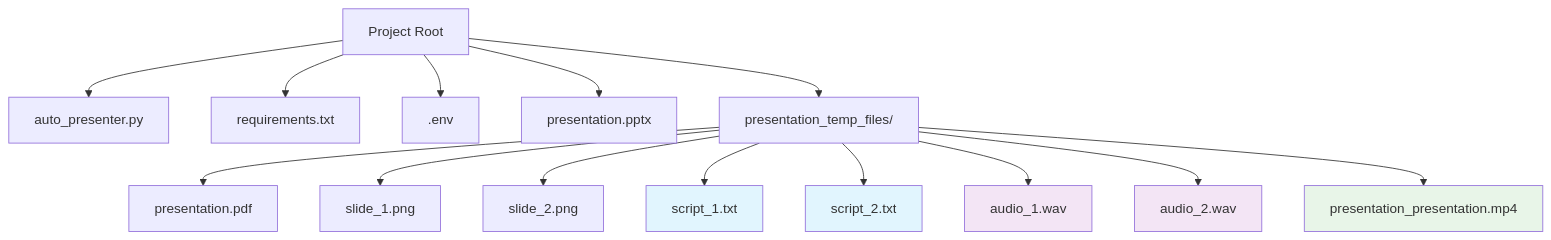
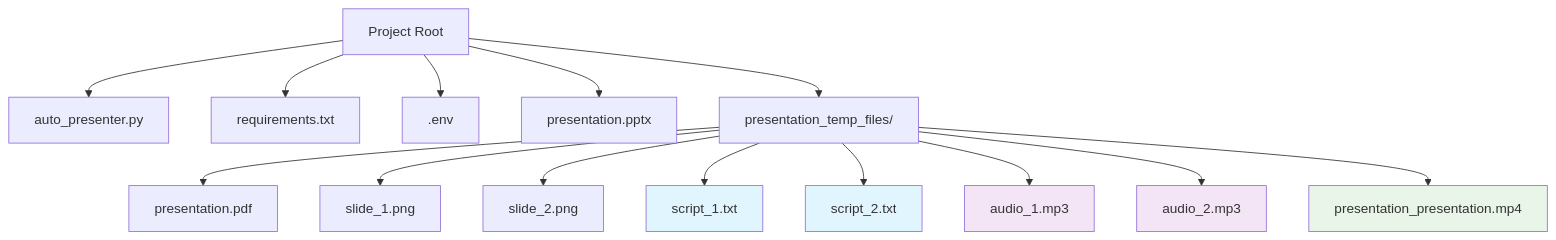
Before and after one commit to danielcregg/powerpoint-to-video: the sixth of 7 diagrams in README.md, drawn with Mermaid. The commit also changed other lines of this file and 1 other file, not shown here.

````diff
--- a/README.md
+++ b/README.md
@@ -229,23 +229,23 @@
 ```mermaid
 graph TD
     A[Project Root] --> B[auto_presenter.py]
     A --> C[requirements.txt]
     A --> D[.env]
     A --> E[presentation.pptx]
     A --> F[presentation_temp_files/]
     
     F --> G[presentation.pdf]
     F --> H[slide_1.png]
     F --> I[slide_2.png]
     F --> J[script_1.txt]
     F --> K[script_2.txt]
-    F --> L[audio_1.wav]
-    F --> M[audio_2.wav]
+    F --> L[audio_1.mp3]
+    F --> M[audio_2.mp3]
     F --> N[presentation_presentation.mp4]
     
     style J fill:#e1f5fe
     style K fill:#e1f5fe
     style L fill:#f3e5f5
     style M fill:#f3e5f5
     style N fill:#e8f5e8
 ```
````
